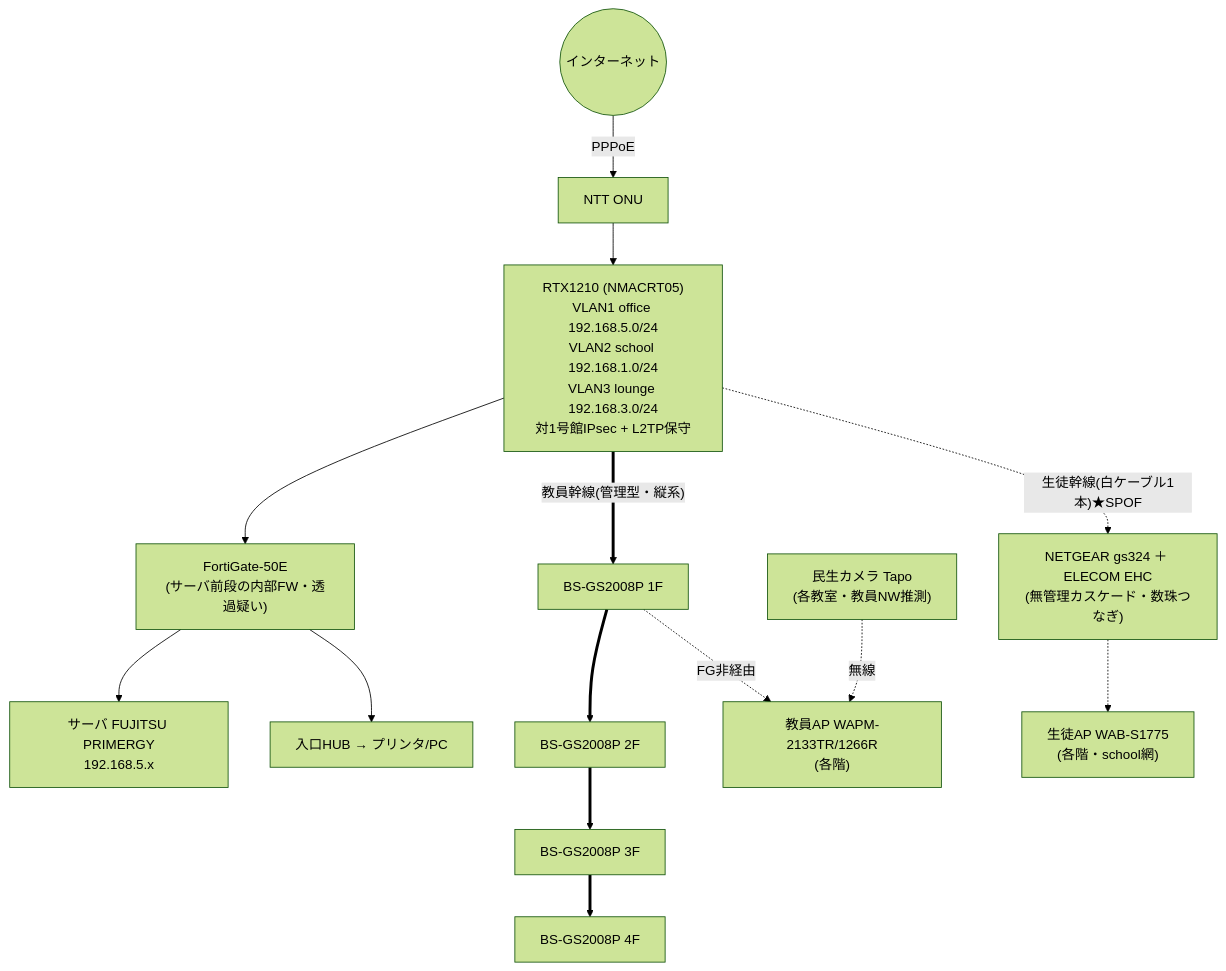
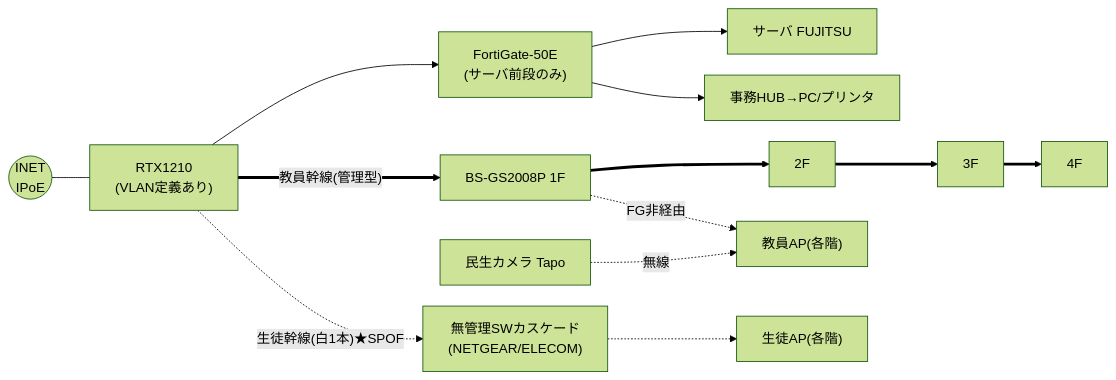
Before and after one commit to zva06206-shimizu/yss_secretary: the third of 5 diagrams in work/nagoya-keiei-kaikei/03_documents/20260625_現状調査報告書_名古屋経営会計専門学校.md, drawn with Mermaid (forest theme). The commit also changed other lines of this file, not shown here.

Commit message:
報告書: 6号館説明のホスト名除去(5号館と統一)・5/6号館トポロジ図をLR(A4横向き)に変換しノード間隔調整・ラベル短縮

````diff
--- a/work/nagoya-keiei-kaikei/03_documents/20260625_現状調査報告書_名古屋経営会計専門学校.md
+++ b/work/nagoya-keiei-kaikei/03_documents/20260625_現状調査報告書_名古屋経営会計専門学校.md
@@ -122,14 +122,14 @@
 ```mermaid
-flowchart TB
-    INET((インターネット)) -->|PPPoE| ONU["NTT ONU"]
-    ONU --> RT["RTX1210 (NMACRT05)<br/>VLAN1 office 192.168.5.0/24<br/>VLAN2 school 192.168.1.0/24<br/>VLAN3 lounge 192.168.3.0/24<br/>対1号館IPsec + L2TP保守"]
-    RT --> FG["FortiGate-50E<br/>(サーバ前段の内部FW・透過疑い)"]
-    FG --> SV["サーバ FUJITSU PRIMERGY<br/>192.168.5.x"]
-    FG --> PR["入口HUB → プリンタ/PC"]
-    RT ==>|"教員幹線(管理型・縦系)"| S1["BS-GS2008P 1F"]
-    S1 ==> S2["BS-GS2008P 2F"] ==> S3["BS-GS2008P 3F"] ==> S4["BS-GS2008P 4F"]
-    S1 -.->|FG非経由| APe["教員AP WAPM-2133TR/1266R<br/>(各階)"]
-    RT -.->|"生徒幹線(白ケーブル1本)★SPOF"| NG["NETGEAR gs324 ＋ ELECOM EHC<br/>(無管理カスケード・数珠つなぎ)"]
-    NG -.-> APs["生徒AP WAB-S1775<br/>(各階・school網)"]
-    CAM["民生カメラ Tapo<br/>(各教室・教員NW推測)"] -. 無線 .-> APe
+%%{init: {'flowchart': {'nodeSpacing': 25, 'rankSpacing': 45}} }%%
+flowchart LR
+    INET((INET<br/>IPoE)) --- RT["RTX1210<br/>(VLAN定義あり)"]
+    RT --> FG["FortiGate-50E<br/>(サーバ前段のみ)"]
+    FG --> SV["サーバ FUJITSU"]
+    FG --> PR["事務HUB→PC/プリンタ"]
+    RT ==>|"教員幹線(管理型)"| S1["BS-GS2008P 1F"]
+    S1 ==> S2["2F"] ==> S3["3F"] ==> S4["4F"]
+    S1 -.->|FG非経由| APe["教員AP(各階)"]
+    RT -.->|"生徒幹線(白1本)★SPOF"| NG["無管理SWカスケード<br/>(NETGEAR/ELECOM)"]
+    NG -.-> APs["生徒AP(各階)"]
+    CAM["民生カメラ Tapo"] -. 無線 .-> APe
 ```
````
